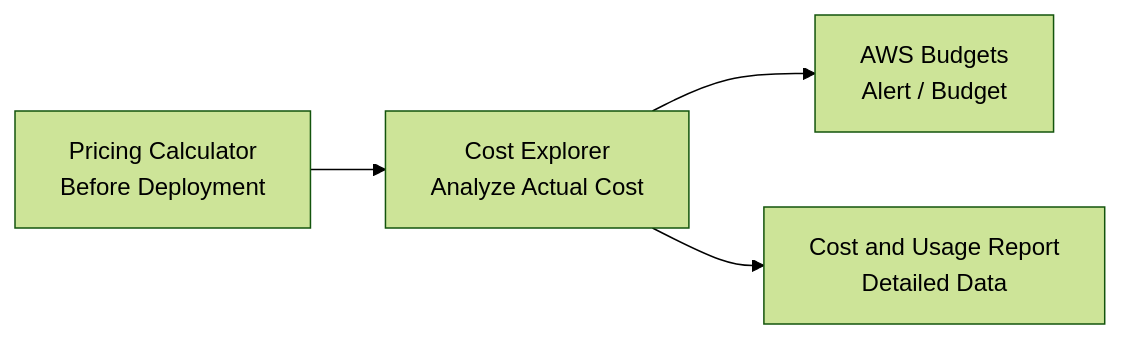
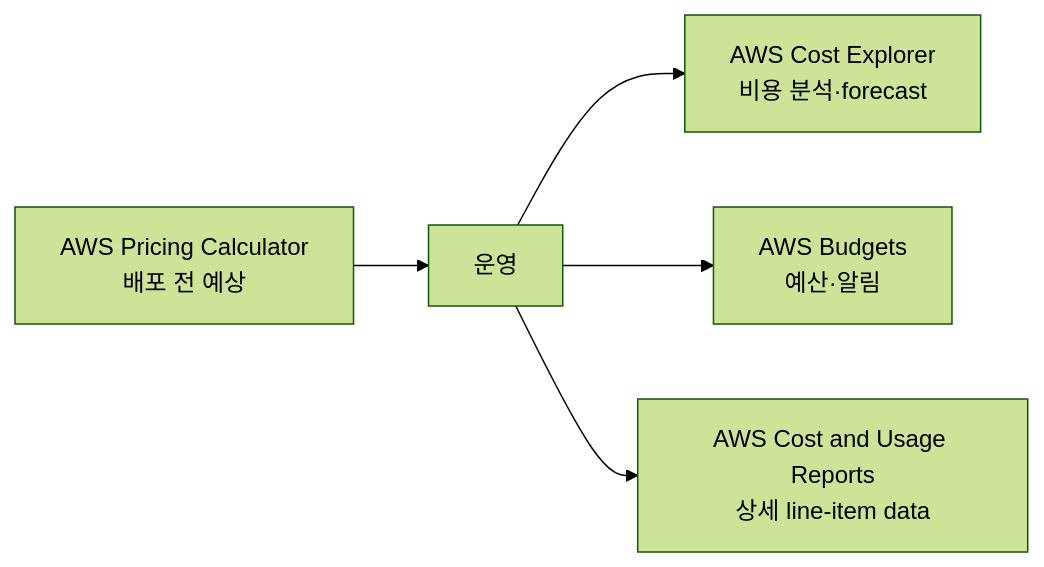
The diagram in content/posts/02.Security/aws/aws-ccp-5/index.md (noir1458/noir1458.github.io), drawn with Mermaid (forest theme) before and after one commit. The commit also changed other lines of this file and 4 other files, not shown here.

````diff
--- a/content/posts/02.Security/aws/aws-ccp-5/index.md
+++ b/content/posts/02.Security/aws/aws-ccp-5/index.md
@@ -179,6 +141,7 @@
 ```mermaid
 flowchart LR
-    P[Pricing Calculator\nBefore Deployment] --> C[Cost Explorer\nAnalyze Actual Cost]
-    C --> B[AWS Budgets\nAlert / Budget]
-    C --> CUR[Cost and Usage Report\nDetailed Data]
+    P[AWS Pricing Calculator<br/>배포 전 예상] --> O[운영]
+    O --> E[AWS Cost Explorer<br/>비용 분석·forecast]
+    O --> B[AWS Budgets<br/>예산·알림]
+    O --> C[AWS Cost and Usage Reports<br/>상세 line-item data]
 ```
````
